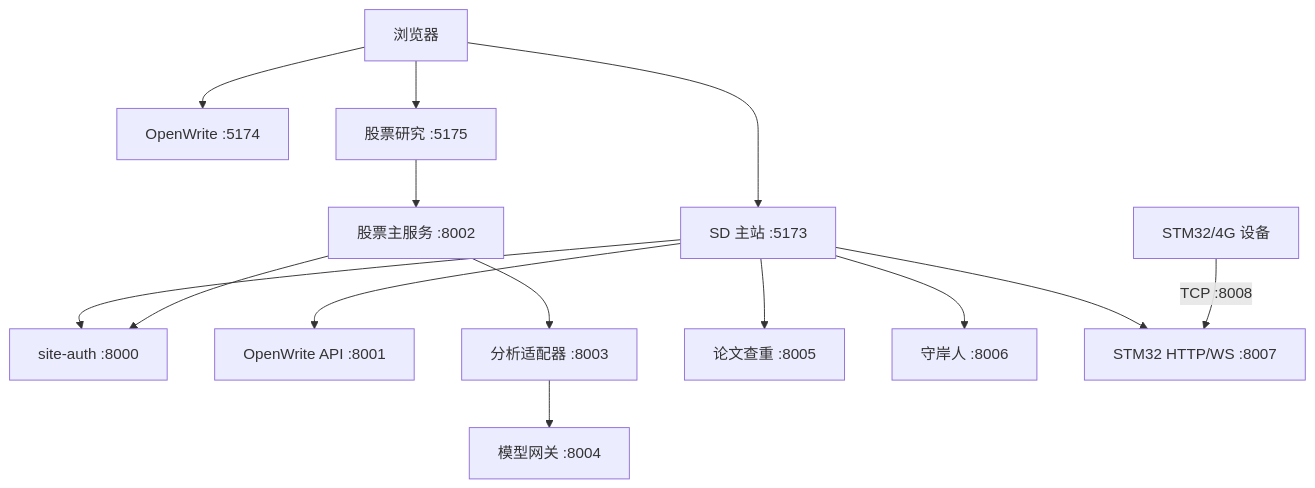
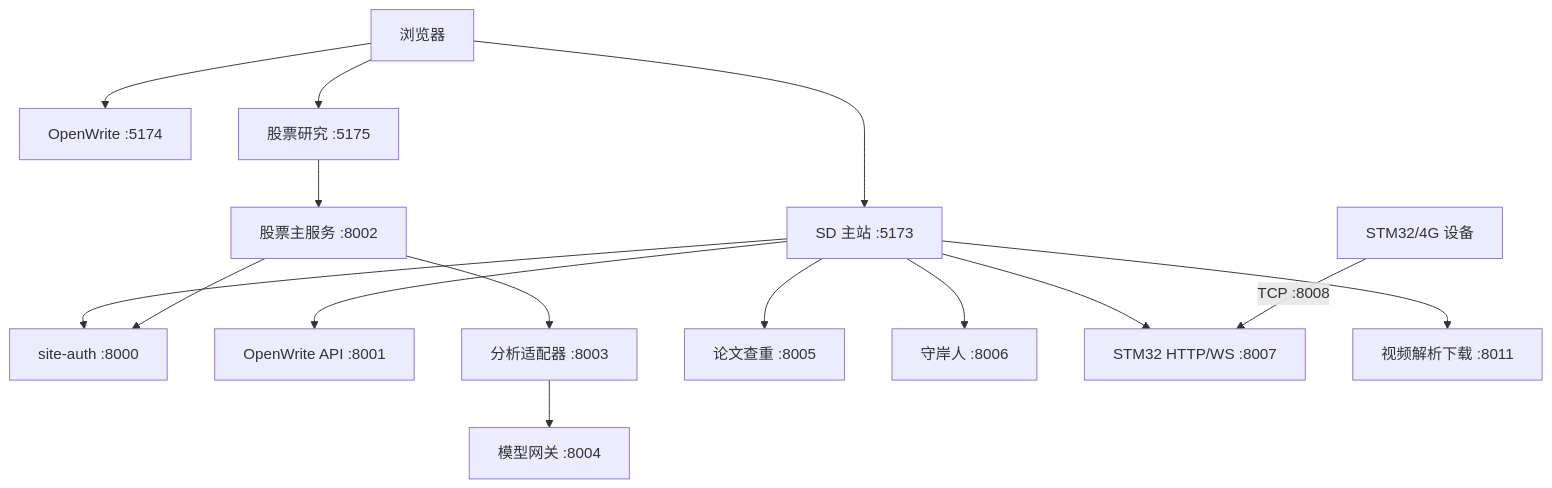
Before and after one commit to yunxigy/Star-Dominion: the diagram in README.md, drawn with Mermaid. The commit also changed other lines of this file and 9 other files, not shown here.

````diff
--- a/README.md
+++ b/README.md
@@ -202,17 +205,18 @@
 ```mermaid
 flowchart TB
     Browser["浏览器"] --> SD["SD 主站 :5173"]
     Browser --> OWUI["OpenWrite :5174"]
     Browser --> StockUI["股票研究 :5175"]
 
     SD --> Auth["site-auth :8000"]
     SD --> OpenWrite["OpenWrite API :8001"]
     StockUI --> StockHub["股票主服务 :8002"]
     StockHub --> Auth
     StockHub --> Analysis["分析适配器 :8003"]
     Analysis --> Gateway["模型网关 :8004"]
     SD --> Plagiarism["论文查重 :8005"]
     SD --> ShouAnRen["守岸人 :8006"]
     SD --> STM32["STM32 HTTP/WS :8007"]
+    SD --> Video["视频解析下载 :8011"]
     Device["STM32/4G 设备"] -->|"TCP :8008"| STM32
 ```
````
